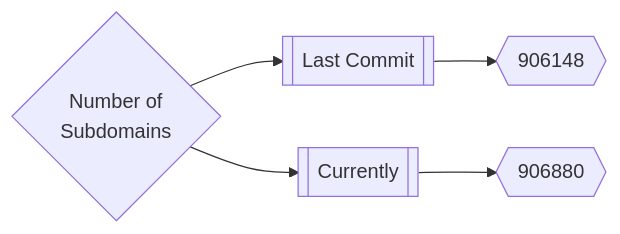
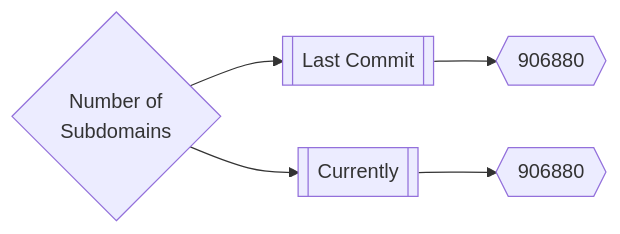
Before and after one commit to trickest/inventory: the first of 3 diagrams in README.md, drawn with Mermaid.

Commit message:
Update README.md Tue Jul 19 10:23:19 UTC 2022

````diff
--- a/README.md
+++ b/README.md
@@ -167,5 +167,5 @@
 ```mermaid
 graph LR
-title{Number of<br>Subdomains} --> subdomainsDate1[[Last Commit]] --> subdomainsNum1{{906148}}
+title{Number of<br>Subdomains} --> subdomainsDate1[[Last Commit]] --> subdomainsNum1{{906880}}
 title --> subdomainsDate2[[Currently]] --> subdomainsNum2{{906880}}
 ```
````
